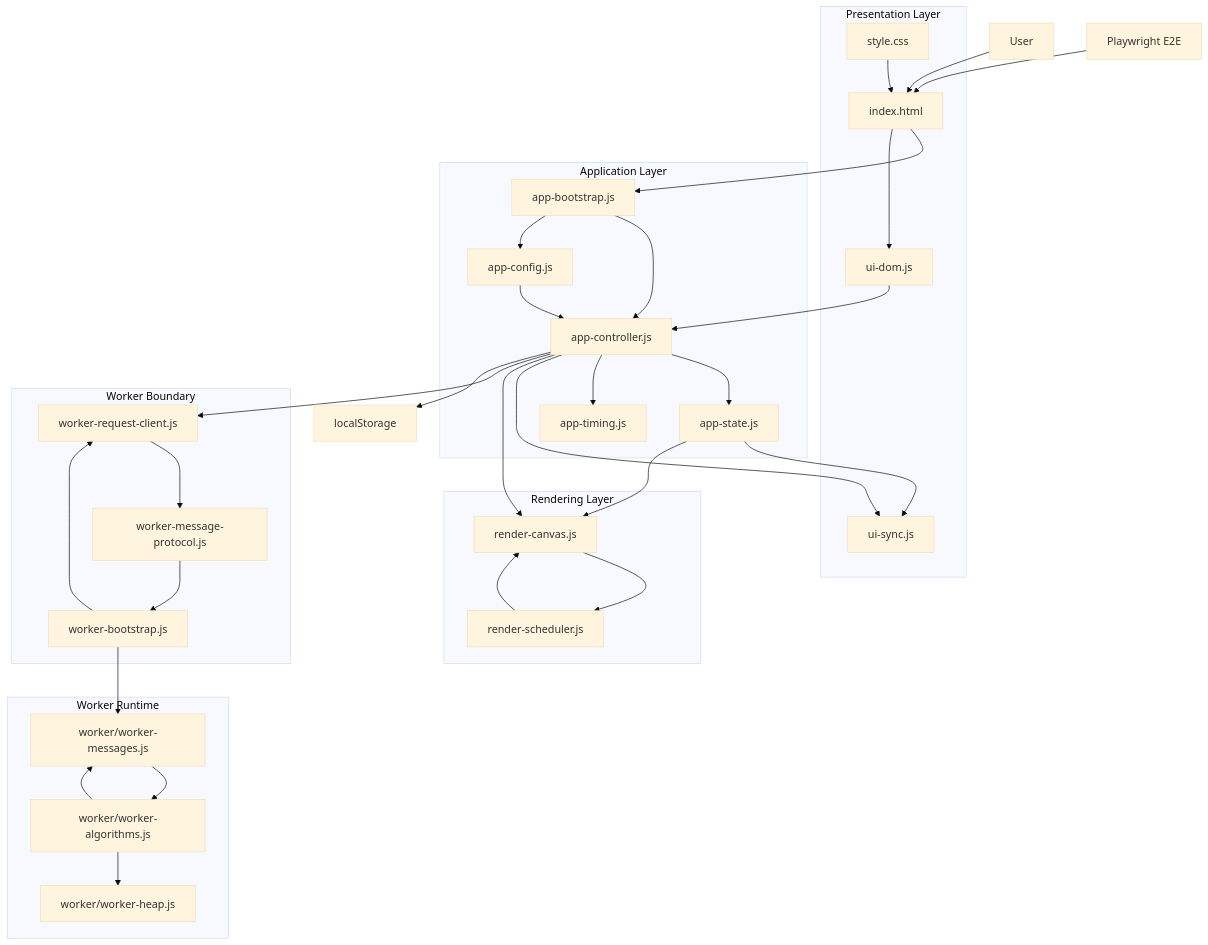
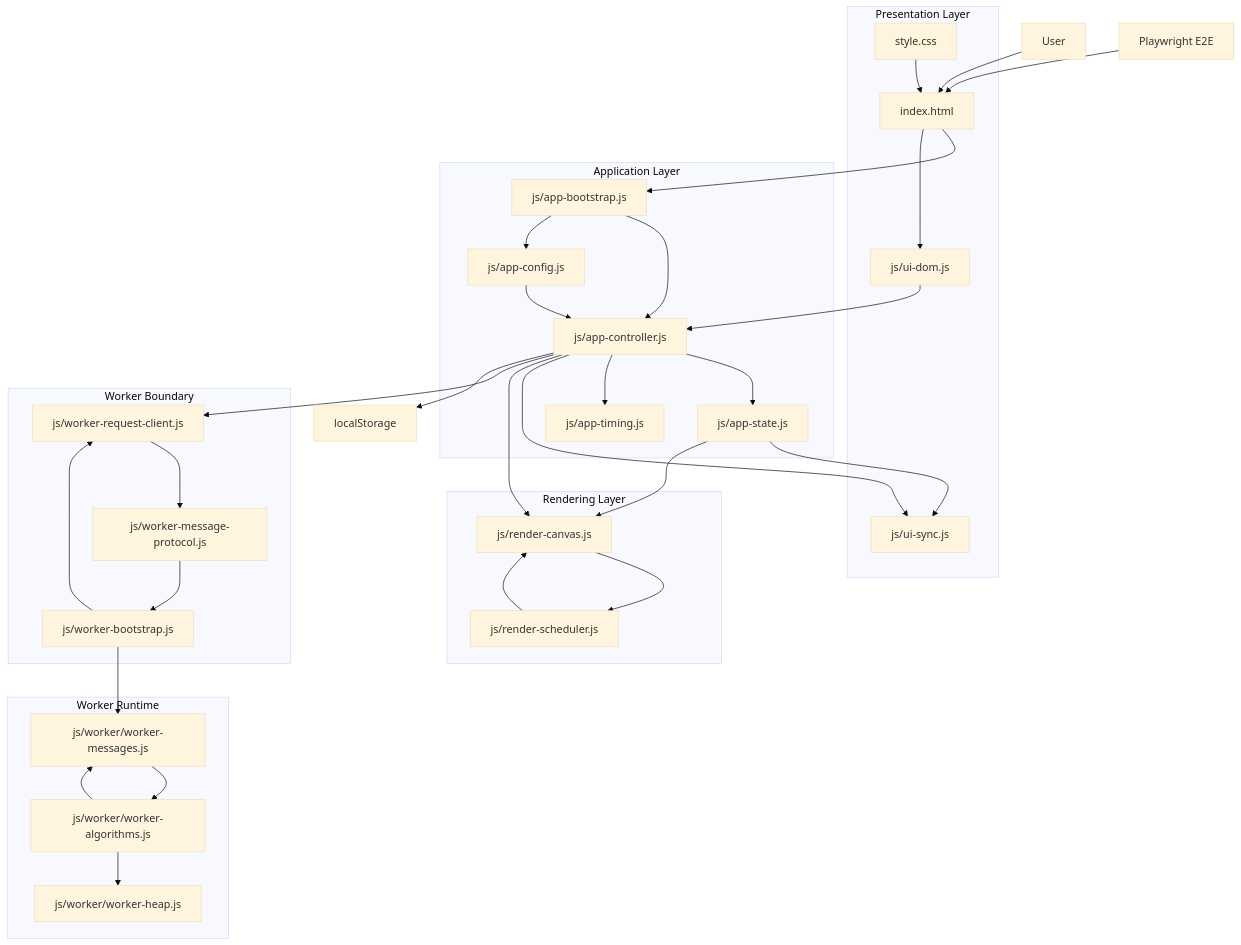
Before and after one commit to Fujiwo/Shos.Maze: the diagram in README.md, drawn with Mermaid (base theme). The commit also changed other lines of this file and 18 other files, not shown here.

First line of the commit message:
feat: implement maze application architecture with worker-based algorithms

````diff
--- a/README.md
+++ b/README.md
@@ -36,66 +36,66 @@
 ```mermaid
 flowchart TB
    User[User]
    Tests[Playwright E2E]
 
    subgraph Presentation[Presentation Layer]
       HTML[index.html]
-      DOM[ui-dom.js]
-      Sync[ui-sync.js]
+      DOM[js/ui-dom.js]
+      Sync[js/ui-sync.js]
       Styles[style.css]
    end
 
    subgraph Application[Application Layer]
-      Bootstrap[app-bootstrap.js]
-      Controller[app-controller.js]
-      State[app-state.js]
-      Config[app-config.js]
-      Timing[app-timing.js]
+      Bootstrap[js/app-bootstrap.js]
+      Controller[js/app-controller.js]
+      State[js/app-state.js]
+      Config[js/app-config.js]
+      Timing[js/app-timing.js]
    end
 
    subgraph Rendering[Rendering Layer]
-      Canvas[render-canvas.js]
-      Scheduler[render-scheduler.js]
+      Canvas[js/render-canvas.js]
+      Scheduler[js/render-scheduler.js]
    end
 
    subgraph WorkerBridge[Worker Boundary]
-      Client[worker-request-client.js]
-      Protocol[worker-message-protocol.js]
-      WorkerEntry[worker-bootstrap.js]
+      Client[js/worker-request-client.js]
+      Protocol[js/worker-message-protocol.js]
+      WorkerEntry[js/worker-bootstrap.js]
    end
 
    subgraph WorkerRuntime[Worker Runtime]
-      Messages[worker/worker-messages.js]
-      Algorithms[worker/worker-algorithms.js]
-      Heap[worker/worker-heap.js]
+      Messages[js/worker/worker-messages.js]
+      Algorithms[js/worker/worker-algorithms.js]
+      Heap[js/worker/worker-heap.js]
    end
 
    Storage[localStorage]
 
    User --> HTML
    Tests --> HTML
    HTML --> Bootstrap
    HTML --> DOM
    DOM --> Controller
    Styles --> HTML
    Bootstrap --> Controller
    Bootstrap --> Config
    Controller --> State
    Controller --> Timing
    Controller --> Sync
    Controller --> Canvas
    Controller --> Client
    Controller --> Storage
    State --> Sync
    State --> Canvas
    Config --> Controller
    Scheduler --> Canvas
    Canvas --> Scheduler
    Client --> Protocol
    Protocol --> WorkerEntry
    WorkerEntry --> Messages
    Messages --> Algorithms
    Algorithms --> Heap
    Algorithms --> Messages
    WorkerEntry --> Client
 ```
````
